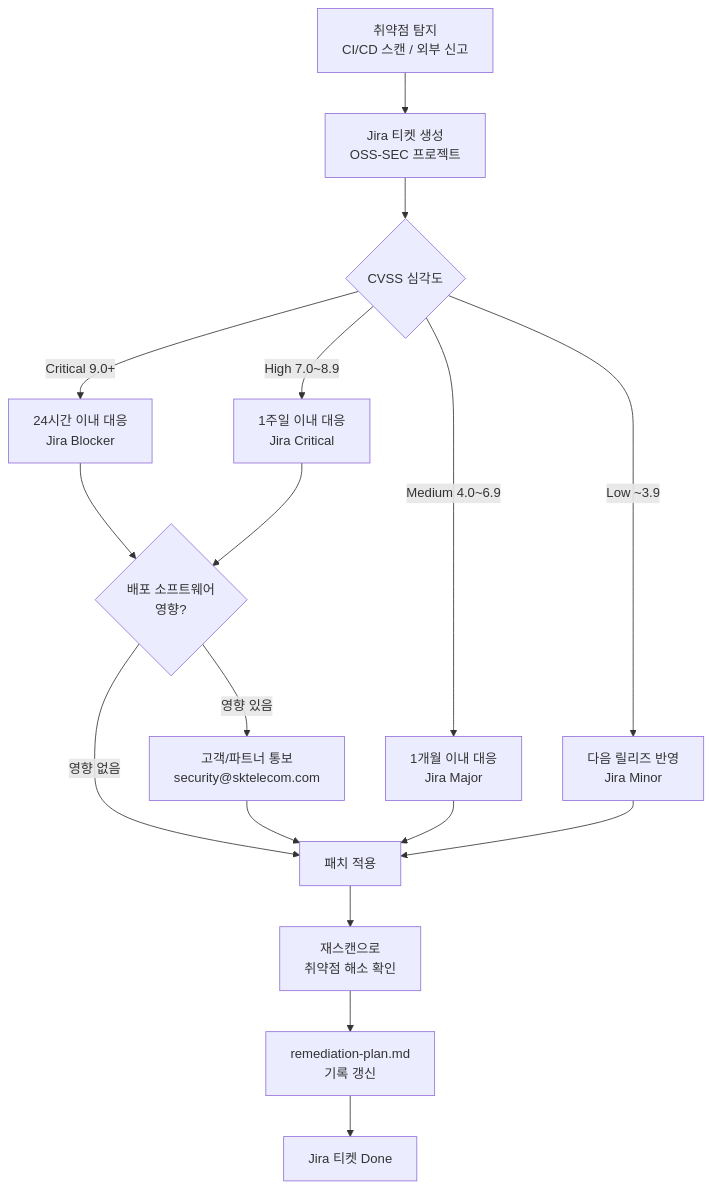
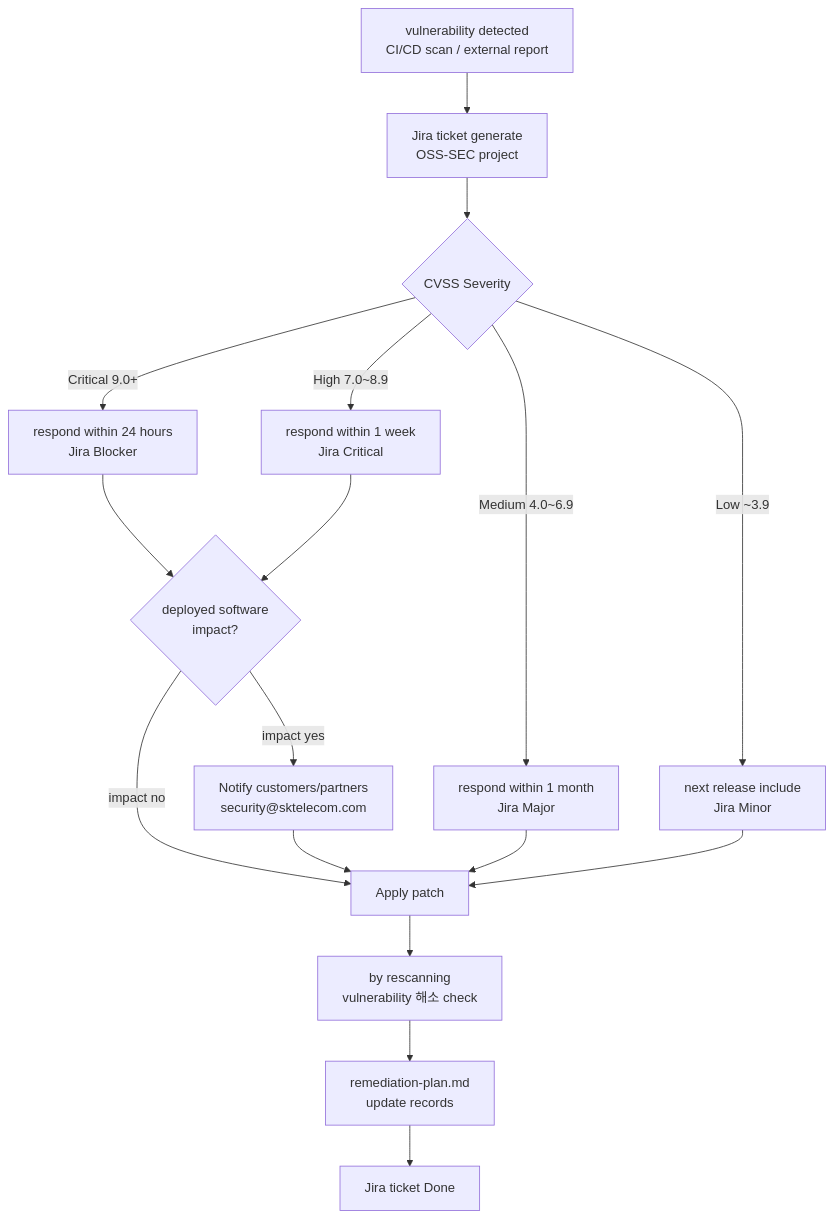
Before and after one commit to trustedoss/trustedoss.github.io: the third of 4 diagrams in website/i18n/en/docusaurus-plugin-content-docs-reference/current/samples/process.md, drawn with Mermaid. The commit also changed other lines of this file and 55 other files, not shown here.

````diff
--- a/website/i18n/en/docusaurus-plugin-content-docs-reference/current/samples/process.md
+++ b/website/i18n/en/docusaurus-plugin-content-docs-reference/current/samples/process.md
@@ -580,19 +580,19 @@
 ```mermaid
 graph TD
-    A[취약점 탐지\nCI/CD 스캔 / 외부 신고] --> B[Jira 티켓 생성\nOSS-SEC 프로젝트]
-    B --> C{CVSS 심각도}
-    C -->|Critical 9.0+| D[24시간 이내 대응\nJira Blocker]
-    C -->|High 7.0~8.9| E[1주일 이내 대응\nJira Critical]
-    C -->|Medium 4.0~6.9| F[1개월 이내 대응\nJira Major]
-    C -->|Low ~3.9| G[다음 릴리즈 반영\nJira Minor]
-    D --> H{배포 소프트웨어\n영향?}
+    A[vulnerability detected\nCI/CD scan / external report] --> B[Jira ticket generate\nOSS-SEC project]
+    B --> C{CVSS Severity}
+    C -->|Critical 9.0+| D[respond within 24 hours\nJira Blocker]
+    C -->|High 7.0~8.9| E[respond within 1 week\nJira Critical]
+    C -->|Medium 4.0~6.9| F[respond within 1 month\nJira Major]
+    C -->|Low ~3.9| G[next release include\nJira Minor]
+    D --> H{deployed software\nimpact?}
     E --> H
-    H -->|영향 있음| I[고객/파트너 통보\nsecurity@sktelecom.com]
-    H -->|영향 없음| J[패치 적용]
+    H -->|impact yes| I[Notify customers/partners\nsecurity@sktelecom.com]
+    H -->|impact no| J[Apply patch]
     I --> J
     F --> J
     G --> J
-    J --> K[재스캔으로\n취약점 해소 확인]
-    K --> L[remediation-plan.md\n기록 갱신]
-    L --> M[Jira 티켓 Done]
+    J --> K[by rescanning\nvulnerability 해소 check]
+    K --> L[remediation-plan.md\nupdate records]
+    L --> M[Jira ticket Done]
 ```
````
